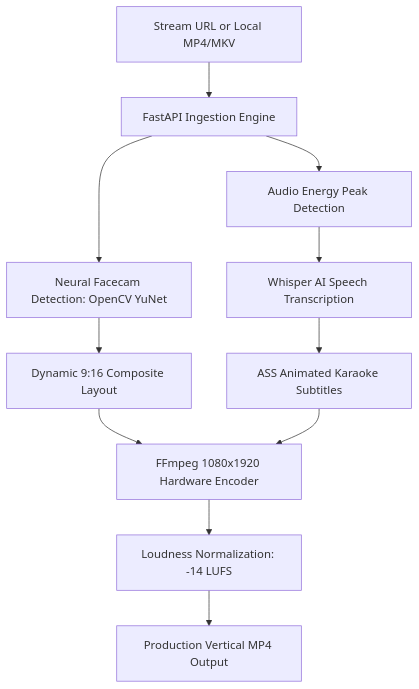
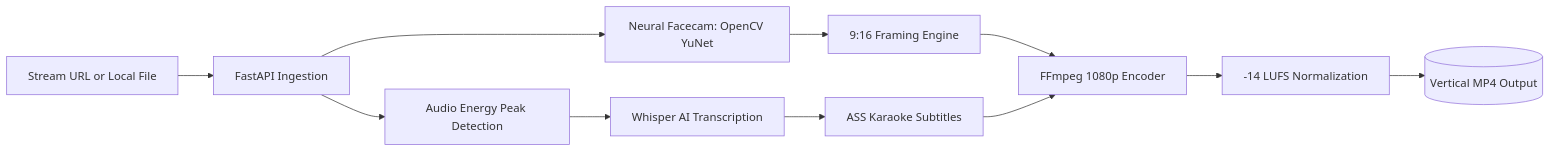
Before and after one commit to abhinavv-13/chopper: the diagram in README.md, drawn with Mermaid.

Commit message:
docs(readme): convert architecture diagram to horizontal flowchart LR layout

````diff
--- a/README.md
+++ b/README.md
@@ -22,13 +22,13 @@
 ```mermaid
-flowchart TD
-    A[Stream URL or Local MP4/MKV] --> B[FastAPI Ingestion Engine]
+flowchart LR
+    A[Stream URL or Local File] --> B[FastAPI Ingestion]
     B --> C[Audio Energy Peak Detection]
-    B --> D[Neural Facecam Detection: OpenCV YuNet]
-    C --> E[Whisper AI Speech Transcription]
-    D --> F[Dynamic 9:16 Composite Layout]
-    E --> G[ASS Animated Karaoke Subtitles]
-    F --> H[FFmpeg 1080x1920 Hardware Encoder]
+    B --> D[Neural Facecam: OpenCV YuNet]
+    C --> E[Whisper AI Transcription]
+    D --> F[9:16 Framing Engine]
+    E --> G[ASS Karaoke Subtitles]
+    F --> H[FFmpeg 1080p Encoder]
     G --> H
-    H --> I[Loudness Normalization: -14 LUFS]
-    I --> J[Production Vertical MP4 Output]
+    H --> I[-14 LUFS Normalization]
+    I --> J[(Vertical MP4 Output)]
 ```
````
